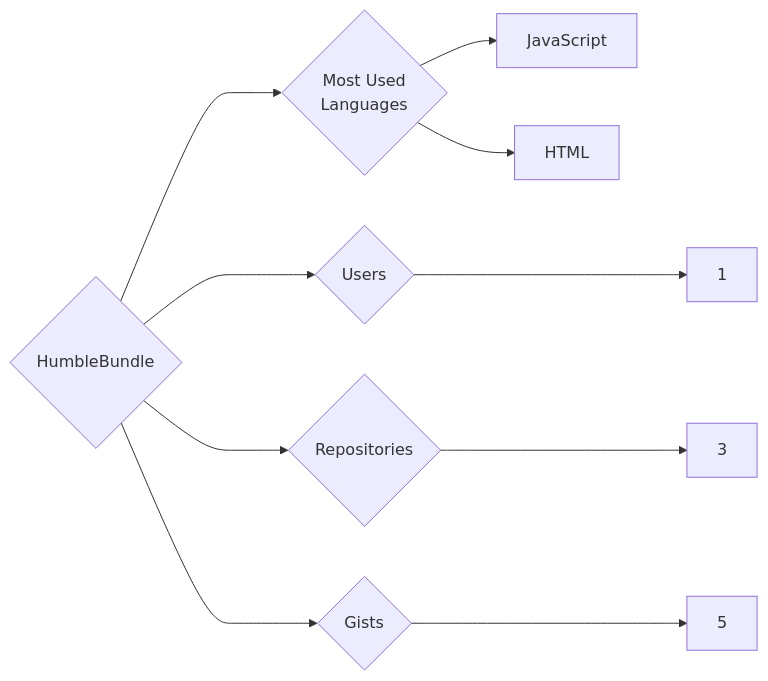
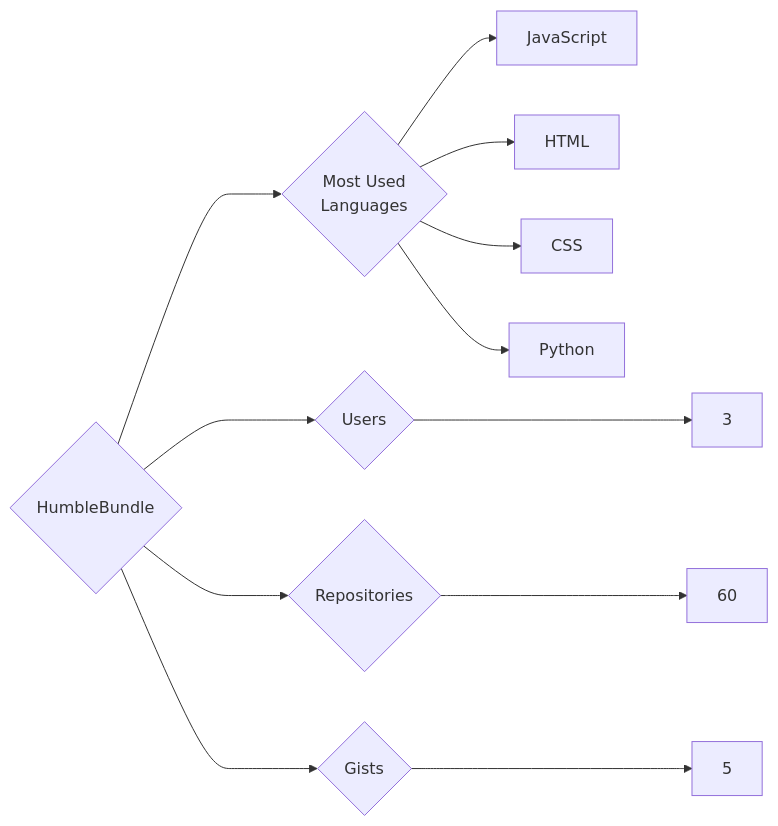
One commit to trickest/insiders changed the diagram in targets/HumbleBundle/README.md. Above: the diagram before and after it, drawn with Mermaid. The commit also changed 815 other files, not shown here.

````diff
--- a/targets/HumbleBundle/README.md
+++ b/targets/HumbleBundle/README.md
@@ -3,10 +3,12 @@
 ```mermaid
 graph LR
 COMPANY_NAME{HumbleBundle}
-COMPANY_NAME ---> U{Users} ---> UN[1]
-COMPANY_NAME ---> R{Repositories} ---> RN[3]
+COMPANY_NAME ---> U{Users} ---> UN[3]
+COMPANY_NAME ---> R{Repositories} ---> RN[60]
 COMPANY_NAME ---> G{Gists} ---> GN[5]
 COMPANY_NAME ---> ML{Most Used<br>Languages}
 ML --> JavaScript[JavaScript]
 ML --> HTML[HTML]
+ML --> CSS[CSS]
+ML --> Python[Python]
 ```
````
